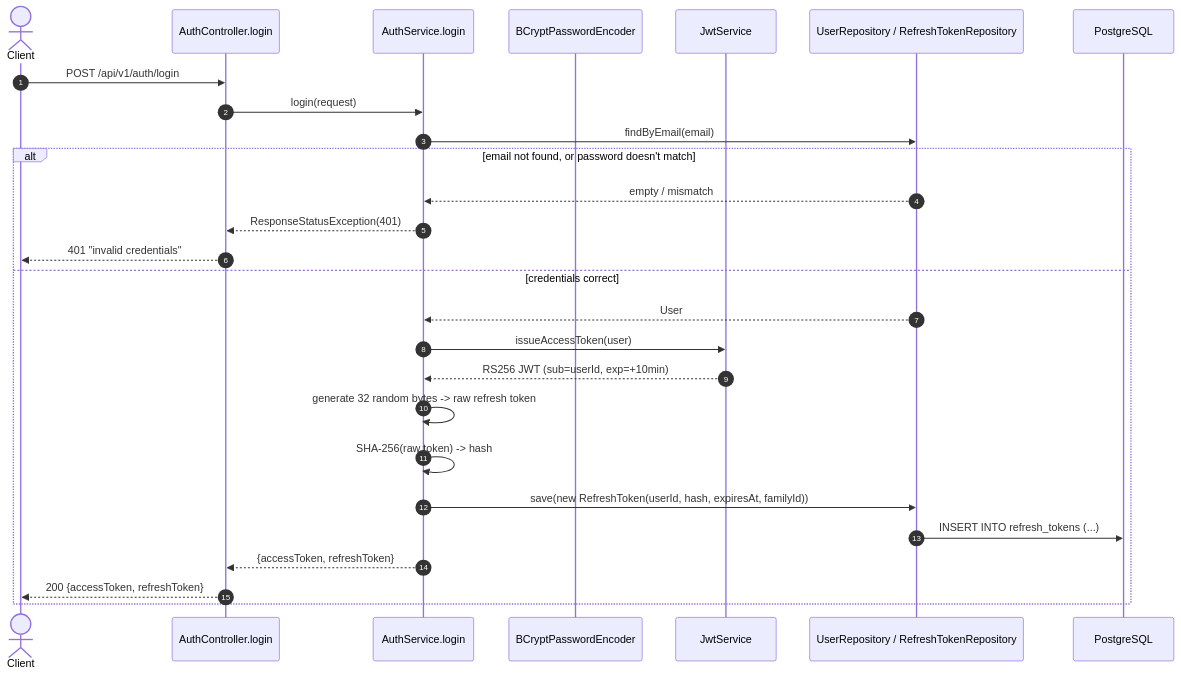
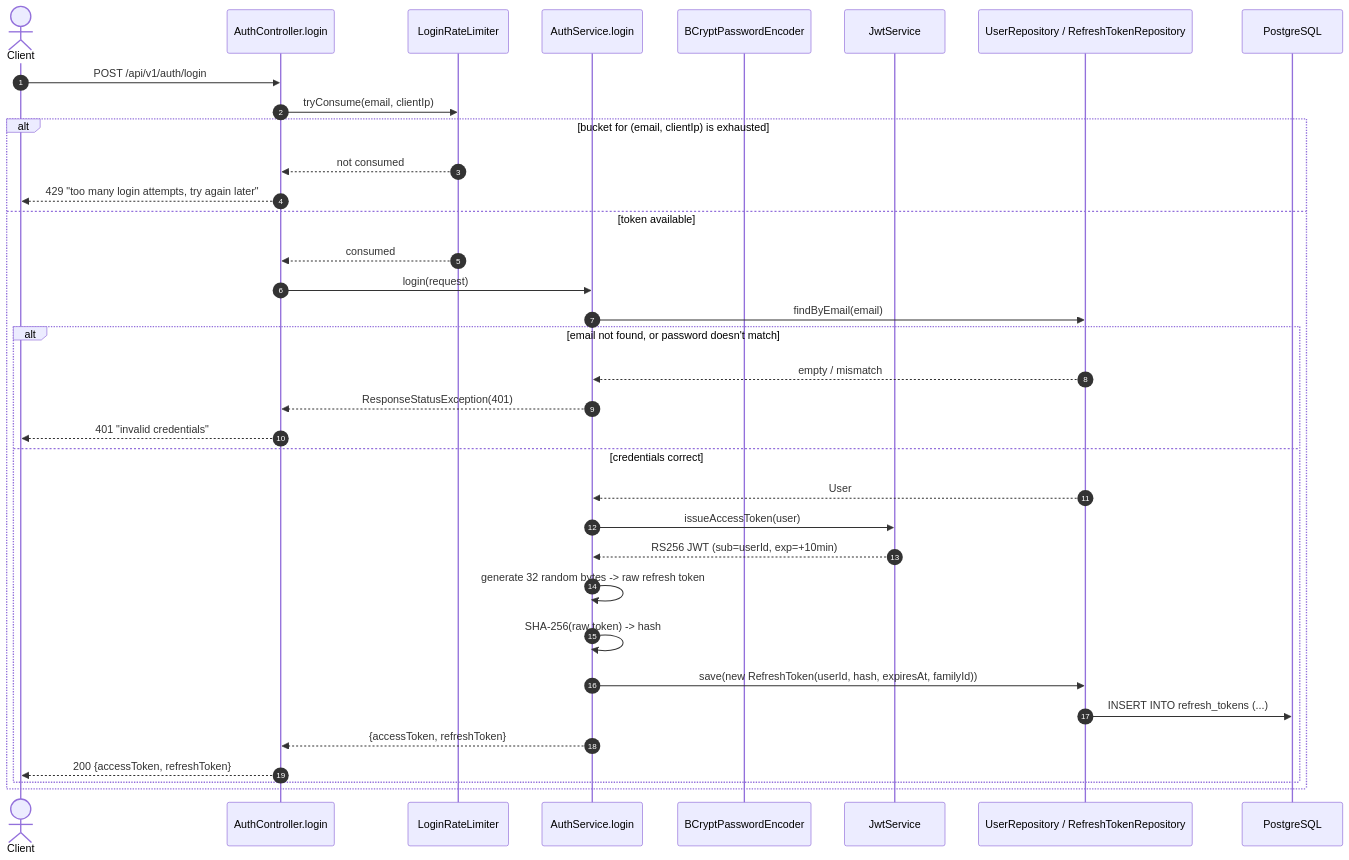
Before and after one commit to nhhthong/cafefin: the diagram in resources/docs/LOGIN.md, drawn with Mermaid. The commit also changed other lines of this file and 3 other files, not shown here.

````diff
--- a/resources/docs/LOGIN.md
+++ b/resources/docs/LOGIN.md
@@ -46,31 +47,40 @@
 ```mermaid
 sequenceDiagram
     autonumber
     actor Client
     participant H as AuthController.login
+    participant L as LoginRateLimiter
     participant S as AuthService.login
     participant E as BCryptPasswordEncoder
     participant J as JwtService
     participant R as UserRepository / RefreshTokenRepository
     participant DB as PostgreSQL
 
     Client->>H: POST /api/v1/auth/login
-    H->>S: login(request)
-    S->>R: findByEmail(email)
+    H->>L: tryConsume(email, clientIp)
 
-    alt email not found, or password doesn't match
-        R-->>S: empty / mismatch
-        S-->>H: ResponseStatusException(401)
-        H-->>Client: 401 "invalid credentials"
-    else credentials correct
-        R-->>S: User
-        S->>J: issueAccessToken(user)
-        J-->>S: RS256 JWT (sub=userId, exp=+10min)
-        S->>S: generate 32 random bytes -> raw refresh token
-        S->>S: SHA-256(raw token) -> hash
-        S->>R: save(new RefreshToken(userId, hash, expiresAt, familyId))
-        R->>DB: INSERT INTO refresh_tokens (...)
-        S-->>H: {accessToken, refreshToken}
-        H-->>Client: 200 {accessToken, refreshToken}
+    alt bucket for (email, clientIp) is exhausted
+        L-->>H: not consumed
+        H-->>Client: 429 "too many login attempts, try again later"
+    else token available
+        L-->>H: consumed
+        H->>S: login(request)
+        S->>R: findByEmail(email)
+
+        alt email not found, or password doesn't match
+            R-->>S: empty / mismatch
+            S-->>H: ResponseStatusException(401)
+            H-->>Client: 401 "invalid credentials"
+        else credentials correct
+            R-->>S: User
+            S->>J: issueAccessToken(user)
+            J-->>S: RS256 JWT (sub=userId, exp=+10min)
+            S->>S: generate 32 random bytes -> raw refresh token
+            S->>S: SHA-256(raw token) -> hash
+            S->>R: save(new RefreshToken(userId, hash, expiresAt, familyId))
+            R->>DB: INSERT INTO refresh_tokens (...)
+            S-->>H: {accessToken, refreshToken}
+            H-->>Client: 200 {accessToken, refreshToken}
+        end
     end
 ```
````
